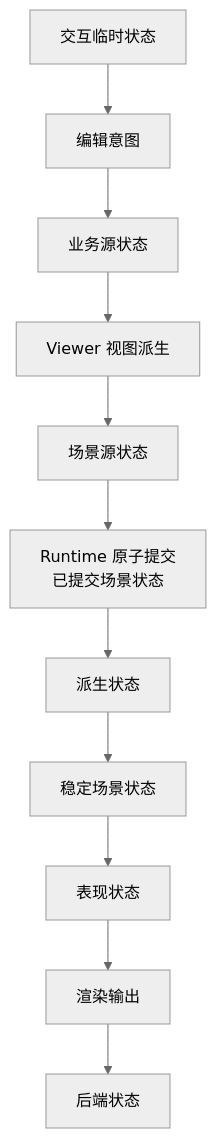
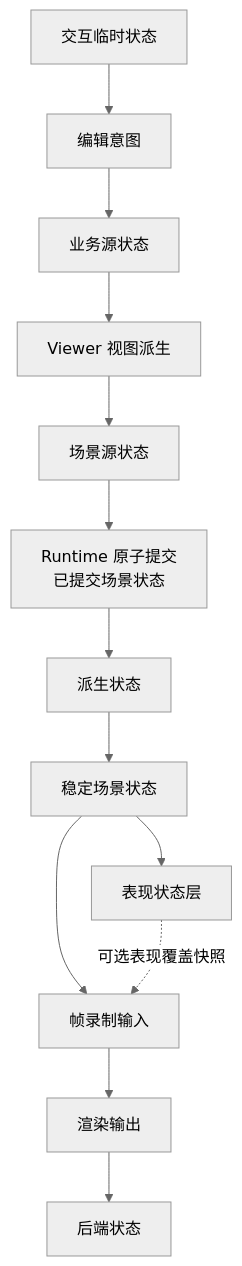
Before and after one commit to yezhang/novadraw: the second of 4 diagrams in engine/wasm_rust/novadraw/book/internals/src/01-graphical-framework.md, drawn with Mermaid (neutral theme). The commit also changed other lines of this file and 21 other files, not shown here.

````diff
--- a/engine/wasm_rust/novadraw/book/internals/src/01-graphical-framework.md
+++ b/engine/wasm_rust/novadraw/book/internals/src/01-graphical-framework.md
@@ -209,13 +212,15 @@
 ```mermaid
 flowchart TD
     Business[业务源状态] --> View[Viewer 视图派生]
     View --> Scene
     Scene[场景源状态] --> Committed[Runtime 原子提交<br/>已提交场景状态]
     Committed --> Derived[派生状态]
     Session[交互临时状态] --> Intent[编辑意图]
     Intent --> Business
     Derived --> Stable[稳定场景状态]
-    Stable --> Presentation[表现状态]
-    Presentation --> Output[渲染输出]
+    Stable --> Record[帧录制输入]
+    Stable --> Presentation[表现状态层]
+    Presentation -.可选表现覆盖快照.-> Record
+    Record --> Output[渲染输出]
     Output --> Backend[后端状态]
 ```
````
